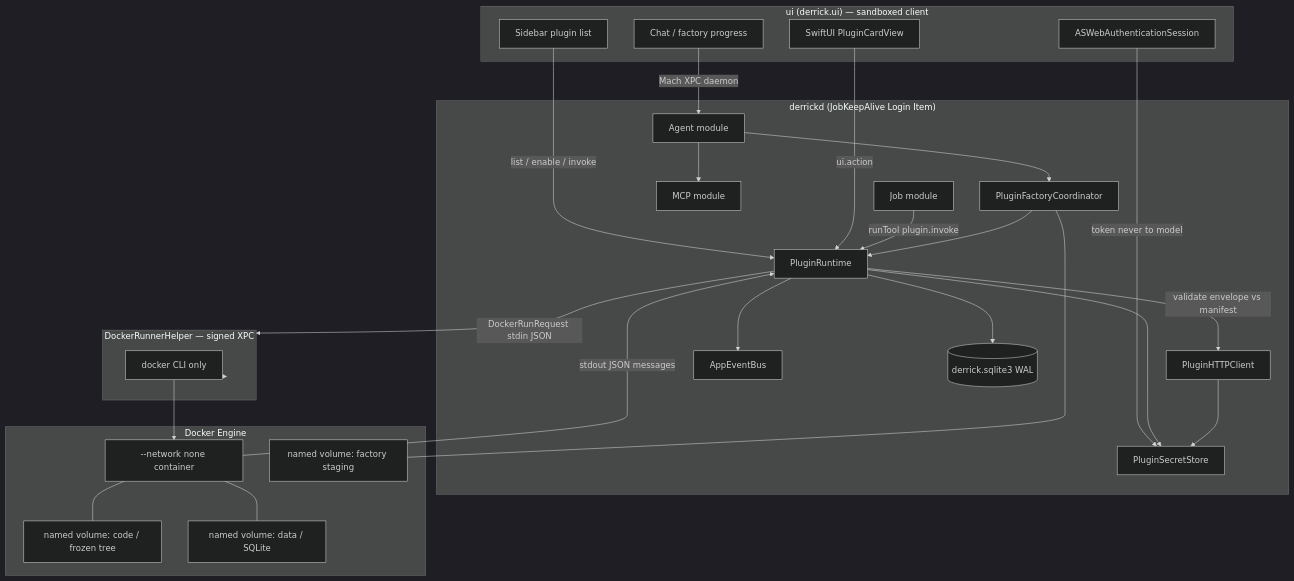
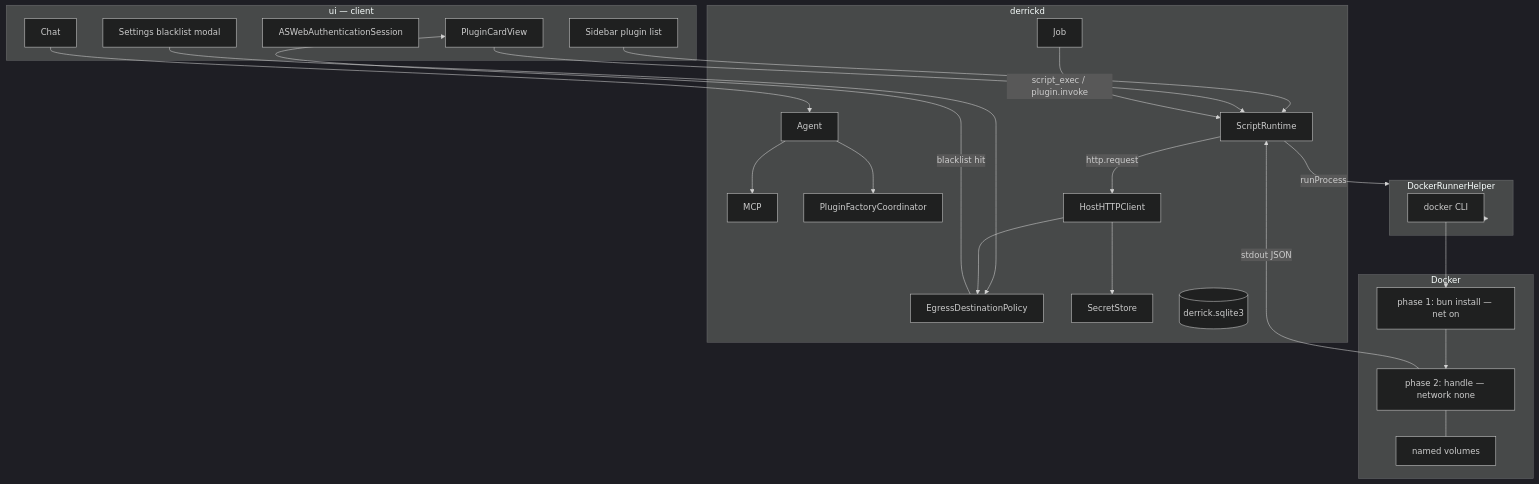
One commit to jsoneaday/derrick changed the diagram in docs/software-factory.md. Above: the diagram before and after it, drawn with Mermaid (dark theme). The commit also changed other lines of this file and 90 other files, not shown here.

Commit message:
updated bun container fixes

````diff
--- a/docs/software-factory.md
+++ b/docs/software-factory.md
@@ -88,53 +83,50 @@
 ```mermaid
 flowchart TB
-  subgraph UI["ui (derrick.ui) — sandboxed client"]
-    Chat[Chat / factory progress]
-    Cards[SwiftUI PluginCardView]
+  subgraph UI["ui — client"]
+    Chat[Chat]
+    Cards[PluginCardView]
     OAuth[ASWebAuthenticationSession]
     Sidebar[Sidebar plugin list]
+    BlacklistUI[Settings blacklist modal]
   end
 
-  subgraph Daemon["derrickd (JobKeepAlive Login Item)"]
-    Agent[Agent module]
-    Jobs[Job module]
-    MCP[MCP module]
+  subgraph Daemon["derrickd"]
+    Agent[Agent]
+    Jobs[Job]
+    MCP[MCP]
     Factory[PluginFactoryCoordinator]
-    Runtime[PluginRuntime]
-    HTTP[PluginHTTPClient]
-    Secrets[PluginSecretStore]
-    Bus[AppEventBus]
-    DB[(derrick.sqlite3 WAL)]
+    Runtime[ScriptRuntime]
+    HTTP[HostHTTPClient]
+    Policy[EgressDestinationPolicy]
+    Secrets[SecretStore]
+    DB[(derrick.sqlite3)]
   end
 
-  subgraph Helper["DockerRunnerHelper — signed XPC"]
-    CLI[docker CLI only]
+  subgraph Helper["DockerRunnerHelper"]
+    CLI[docker CLI]
   end
 
-  subgraph Docker["Docker Engine"]
-    Offline["--network none container"]
-    CodeVol["named volume: code / frozen tree"]
-    DataVol["named volume: data / SQLite"]
-    Staging["named volume: factory staging"]
+  subgraph Docker["Docker"]
+    Setup["phase 1: bun install — net on"]
+    Run["phase 2: handle — network none"]
+    Vols[named volumes]
   end
 
-  Chat -->|Mach XPC daemon| Agent
-  Sidebar -->|list / enable / invoke| Runtime
-  Cards -->|ui.action| Runtime
-  OAuth -->|token never to model| Secrets
+  Chat --> Agent
+  Sidebar --> Runtime
+  Cards --> Runtime
+  BlacklistUI --> Policy
   Agent --> Factory
   Agent --> MCP
-  Jobs -->|runTool plugin.invoke| Runtime
-  Factory --> Runtime
-  Runtime -->|validate envelope vs manifest| HTTP
-  Runtime --> Secrets
-  Runtime --> Bus
-  Runtime --> DB
+  Jobs -->|script_exec / plugin.invoke| Runtime
+  Runtime -->|http.request| HTTP
+  HTTP --> Policy
   HTTP --> Secrets
-  Runtime -->|DockerRunRequest stdin JSON| Helper
+  Policy -->|blacklist hit| Cards
+  Runtime -->|runProcess| Helper
   Helper --> CLI
-  CLI --> Offline
-  Offline --- CodeVol
-  Offline --- DataVol
-  Factory --- Staging
-  Offline -->|stdout JSON messages| Runtime
+  CLI --> Setup
+  Setup --> Run
+  Run --- Vols
+  Run -->|stdout JSON| Runtime
 ```
````
